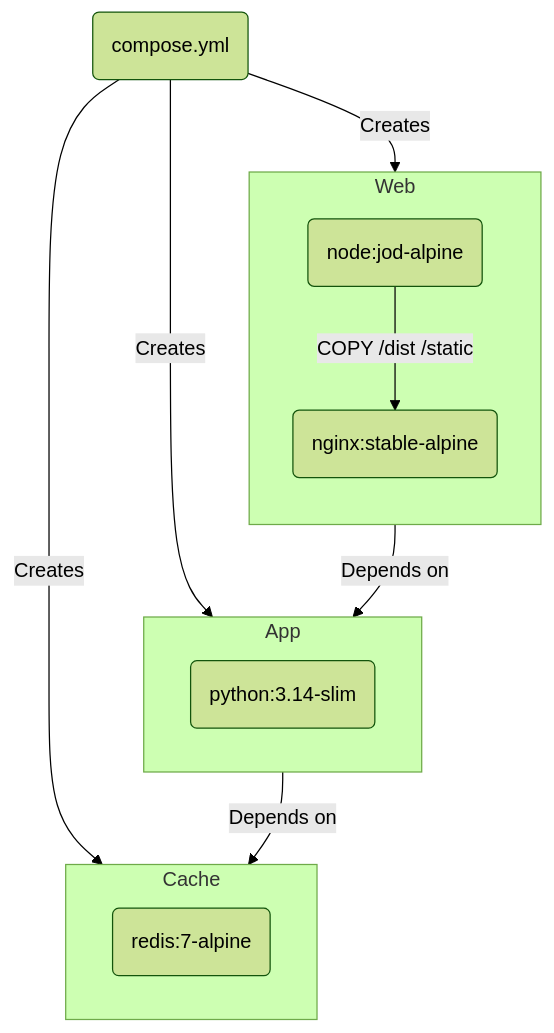
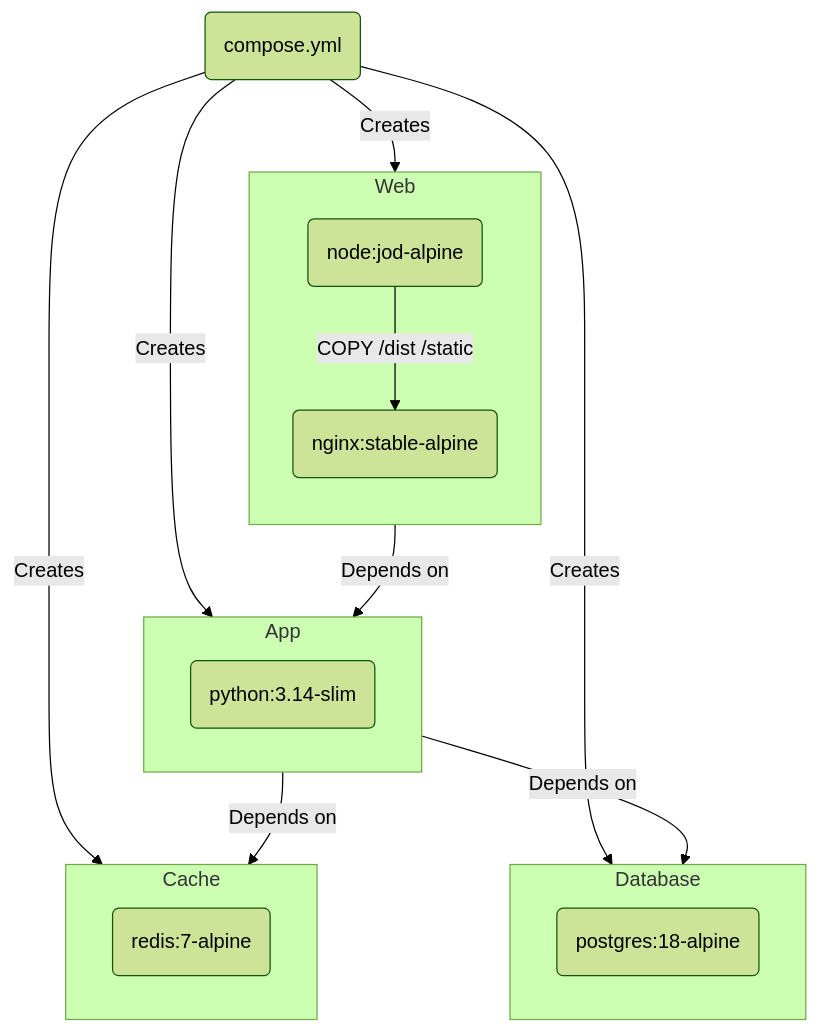
One commit to LandRegistry/govuk-frontend-flask changed the first of 2 diagrams in README.md. Above: the diagram before and after it, drawn with Mermaid (forest theme). The commit also changed other lines of this file and 15 other files, not shown here.

````diff
--- a/README.md
+++ b/README.md
@@ -67,25 +72,30 @@
 ```mermaid
 flowchart TB
     compose(compose.yml)
     nginx(nginx:stable-alpine)
     node(node:jod-alpine)
+    postgres(postgres:18-alpine)
     python(python:3.14-slim)
     redis(redis:7-alpine)
 
-    compose -- Creates --> App & Cache & Web
-    App -- Depends on --> Cache
+    compose -- Creates --> App & Cache & Web & Database
+    App -- Depends on --> Cache & Database
     Web -- Depends on --> App
 
     subgraph Web
         direction TB
         node -- COPY /dist /static --> nginx
     end
 
     subgraph App
         python
     end
 
+    subgraph Database
+        postgres
+    end
+
     subgraph Cache
         redis
     end
 ```
````
